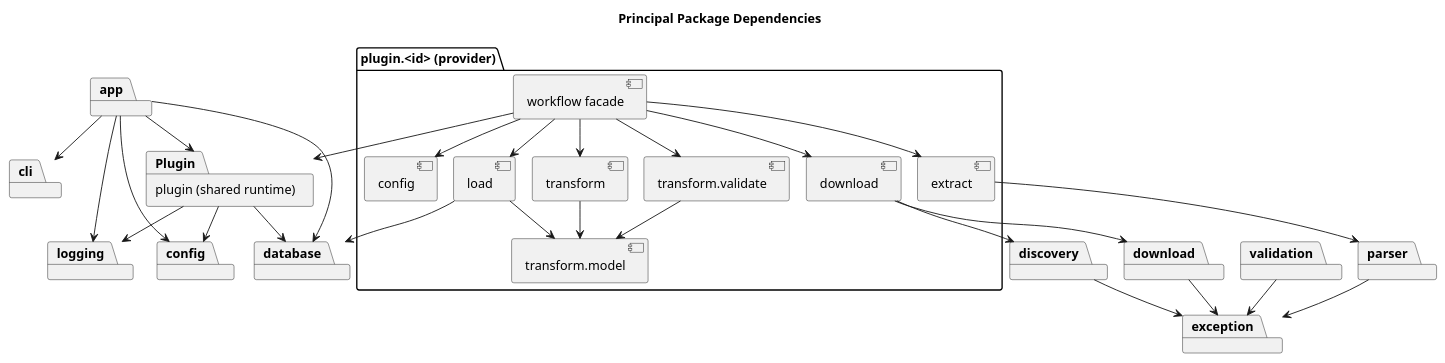
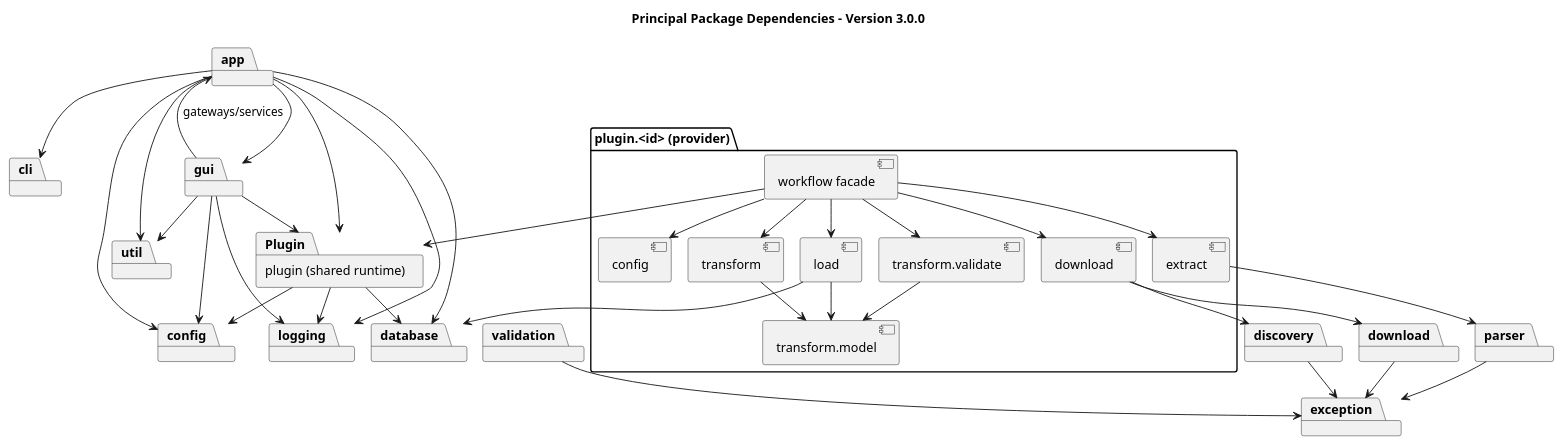
One commit to TerryCurranZellis/OpenData changed the diagram in docs/diagrams/source/package-dependencies.puml. Above: the diagram before and after it, drawn with PlantUML. The commit also changed 268 other files, not shown here.

```diff
--- a/docs/diagrams/source/package-dependencies.puml
+++ b/docs/diagrams/source/package-dependencies.puml
@@ -1,56 +1,65 @@
 @startuml
 !pragma layout smetana
-title Principal Package Dependencies
+title Principal Package Dependencies - Version 3.0.0
 top to bottom direction
 
 package app
 package cli
+package gui
 package config
 package "plugin (shared runtime)" as Plugin
 
 package "plugin.<id> (provider)" as Provider {
   [workflow facade] as Facade
   [config] as ProviderConfig
   [download] as ProviderDownload
   [extract] as ProviderExtract
   [transform] as ProviderTransform
   [transform.model] as ProviderModel
   [transform.validate] as ProviderValidate
   [load] as ProviderLoad
 }
 
 package discovery
 package download
 package parser
 package validation
 package database
 package logging
 package exception
+package util
 
 app --> cli
+app --> gui
 app --> config
 app --> Plugin
 app --> database
 app --> logging
+gui --> app : gateways/services
+gui --> config
+gui --> Plugin
+gui --> logging
 Plugin --> config
 Plugin --> database
 Plugin --> logging
 Facade --> Plugin
 Facade --> ProviderConfig
 Facade --> ProviderDownload
 Facade --> ProviderExtract
 Facade --> ProviderTransform
 Facade --> ProviderValidate
 Facade --> ProviderLoad
 ProviderDownload --> download
 ProviderDownload --> discovery
 ProviderExtract --> parser
 ProviderTransform --> ProviderModel
 ProviderValidate --> ProviderModel
 ProviderLoad --> ProviderModel
 ProviderLoad --> database
 discovery --> exception
 download --> exception
 parser --> exception
 validation --> exception
+app --> util
+gui --> util
 @enduml
```
